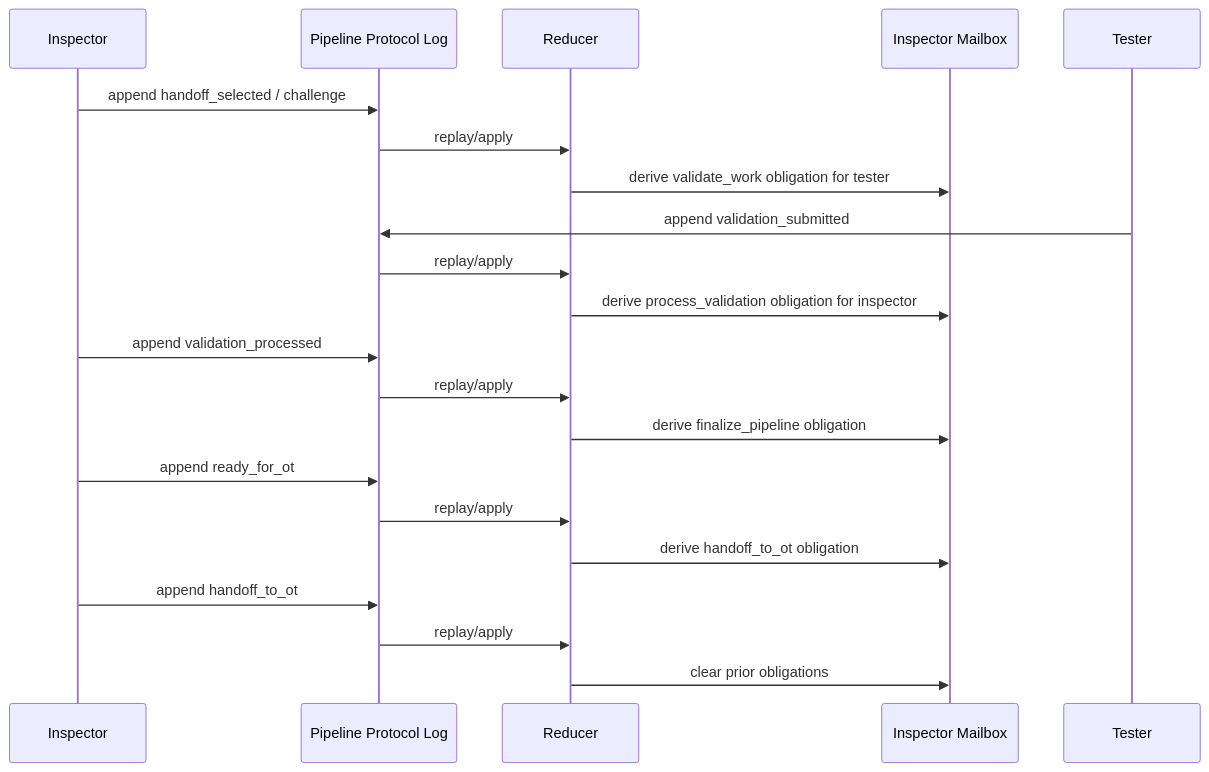
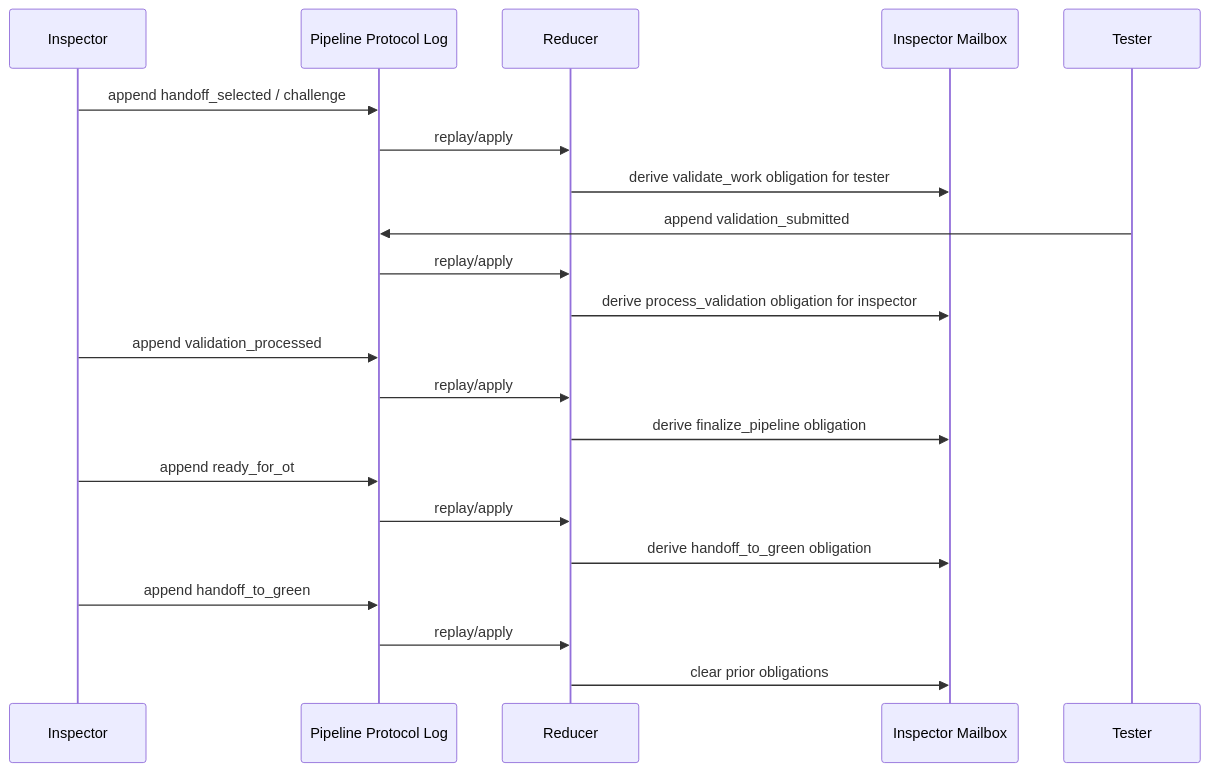
The fourth of 5 diagrams in docs/DURABLE_PROTOCOLS.md (hyper-light/sylk), drawn with Mermaid before and after one commit. The commit also changed other lines of this file and 181 other files, not shown here.

````diff
--- a/docs/DURABLE_PROTOCOLS.md
+++ b/docs/DURABLE_PROTOCOLS.md
@@ -263,24 +263,24 @@
 ```mermaid
 sequenceDiagram
     participant I as Inspector
     participant P as Pipeline Protocol Log
     participant R as Reducer
     participant M as Inspector Mailbox
     participant T as Tester
 
     I->>P: append handoff_selected / challenge
     P->>R: replay/apply
     R->>M: derive validate_work obligation for tester
     T->>P: append validation_submitted
     P->>R: replay/apply
     R->>M: derive process_validation obligation for inspector
     I->>P: append validation_processed
     P->>R: replay/apply
     R->>M: derive finalize_pipeline obligation
     I->>P: append ready_for_ot
     P->>R: replay/apply
-    R->>M: derive handoff_to_ot obligation
-    I->>P: append handoff_to_ot
+    R->>M: derive handoff_to_green obligation
+    I->>P: append handoff_to_green
     P->>R: replay/apply
     R->>M: clear prior obligations
 ```
````
